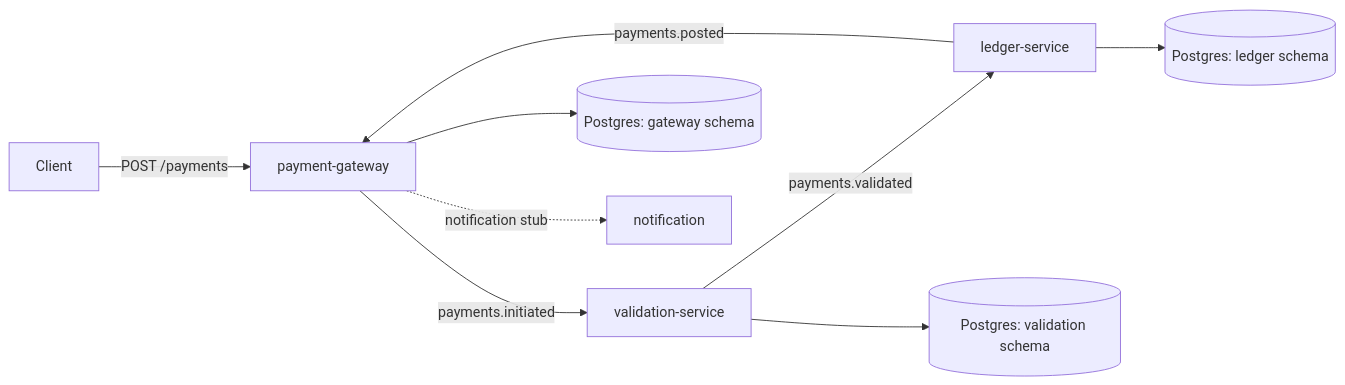
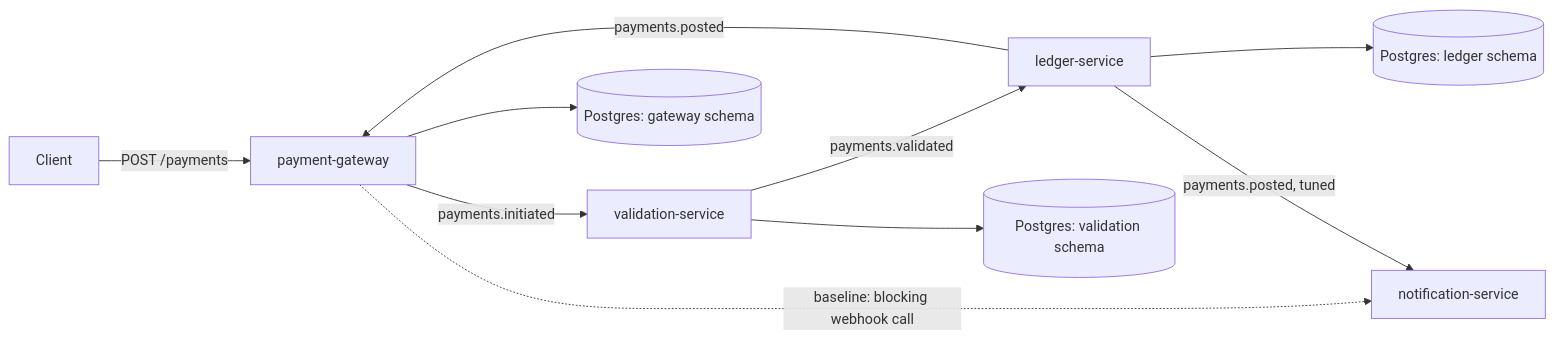
Before and after one commit to muralikalluri/kafka-payments-perf-lab: the first of 2 diagrams in sample-deliverable/AUDIT_REPORT_SAMPLE.md, drawn with Mermaid. The commit also changed other lines of this file and 31 other files, not shown here.

Commit message:
feat(F-05): blocking webhook call in the gateway's posted listener (baseline) versus a notification service that dispatches from a table (tuned)

````diff
--- a/sample-deliverable/AUDIT_REPORT_SAMPLE.md
+++ b/sample-deliverable/AUDIT_REPORT_SAMPLE.md
@@ -66,11 +66,12 @@
 ```mermaid
 flowchart LR
     Client -->|POST /payments| GW[payment-gateway]
     GW -->|payments.initiated| VAL[validation-service]
     VAL -->|payments.validated| LED[ledger-service]
     LED -->|payments.posted| GW
     GW --> PG[(Postgres: gateway schema)]
     VAL --> PGV[(Postgres: validation schema)]
     LED --> PGL[(Postgres: ledger schema)]
-    GW -. notification stub .-> N[notification]
+    GW -. baseline: blocking webhook call .-> NS[notification-service]
+    LED -->|payments.posted, tuned| NS
 ```
````
